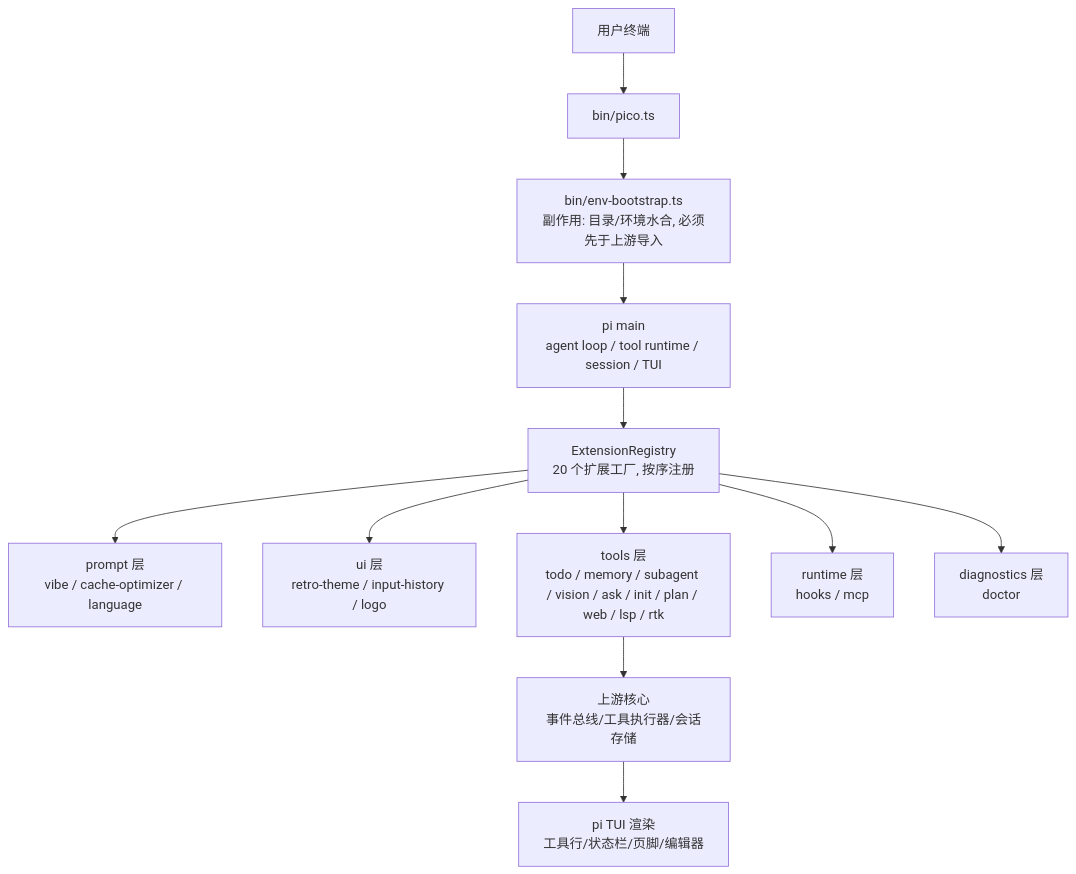
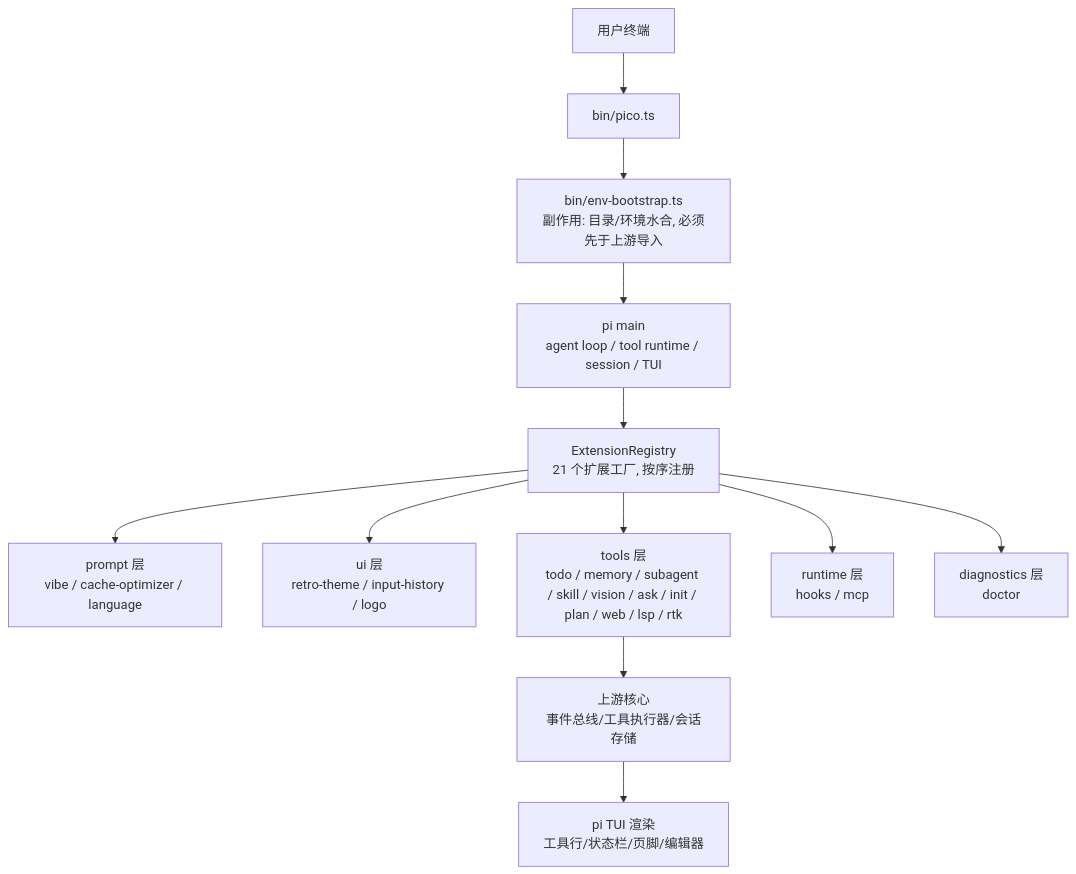
Before and after one commit to sswym/pico: the first of 5 diagrams in docs/internal-tech-review.md, drawn with Mermaid. The commit also changed other lines of this file and 6 other files, not shown here.

First line of the commit message:
feat(skill): 技能子代理化 — skill 工具把技能派发到隔离 subagent 执行

````diff
--- a/docs/internal-tech-review.md
+++ b/docs/internal-tech-review.md
@@ -38,14 +38,14 @@
 ```mermaid
 flowchart TD
     U[用户终端] --> BIN[bin/pico.ts]
     BIN --> BOOT[bin/env-bootstrap.ts<br/>副作用: 目录/环境水合, 必须先于上游导入]
     BOOT --> MAIN[pi main<br/>agent loop / tool runtime / session / TUI]
-    MAIN --> REG[ExtensionRegistry<br/>20 个扩展工厂, 按序注册]
+    MAIN --> REG[ExtensionRegistry<br/>21 个扩展工厂, 按序注册]
     REG --> E1[prompt 层<br/>vibe / cache-optimizer / language]
     REG --> E2[ui 层<br/>retro-theme / input-history / logo]
-    REG --> E3[tools 层<br/>todo / memory / subagent / vision / ask / init / plan / web / lsp / rtk]
+    REG --> E3[tools 层<br/>todo / memory / subagent / skill / vision / ask / init / plan / web / lsp / rtk]
     REG --> E4[runtime 层<br/>hooks / mcp]
     REG --> E5[diagnostics 层<br/>doctor]
     E3 --> CORE[上游核心<br/>事件总线/工具执行器/会话存储]
     CORE --> TUI[pi TUI 渲染<br/>工具行/状态栏/页脚/编辑器]
 ```
````
